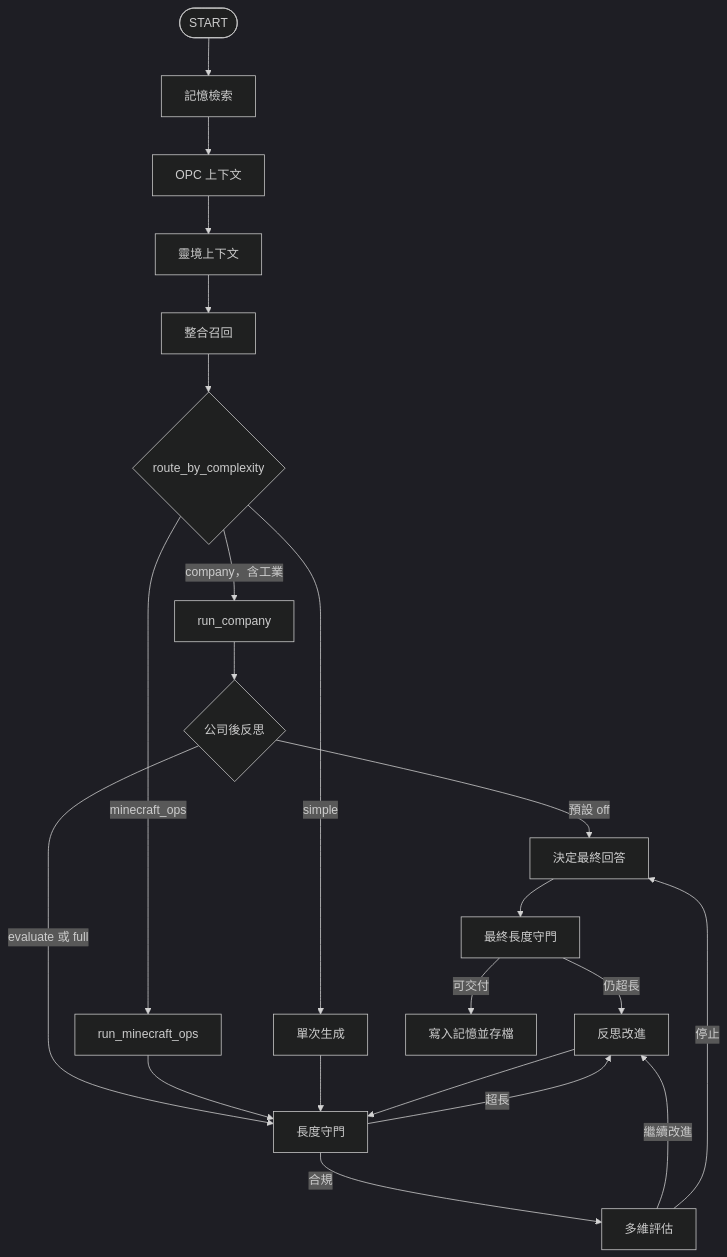
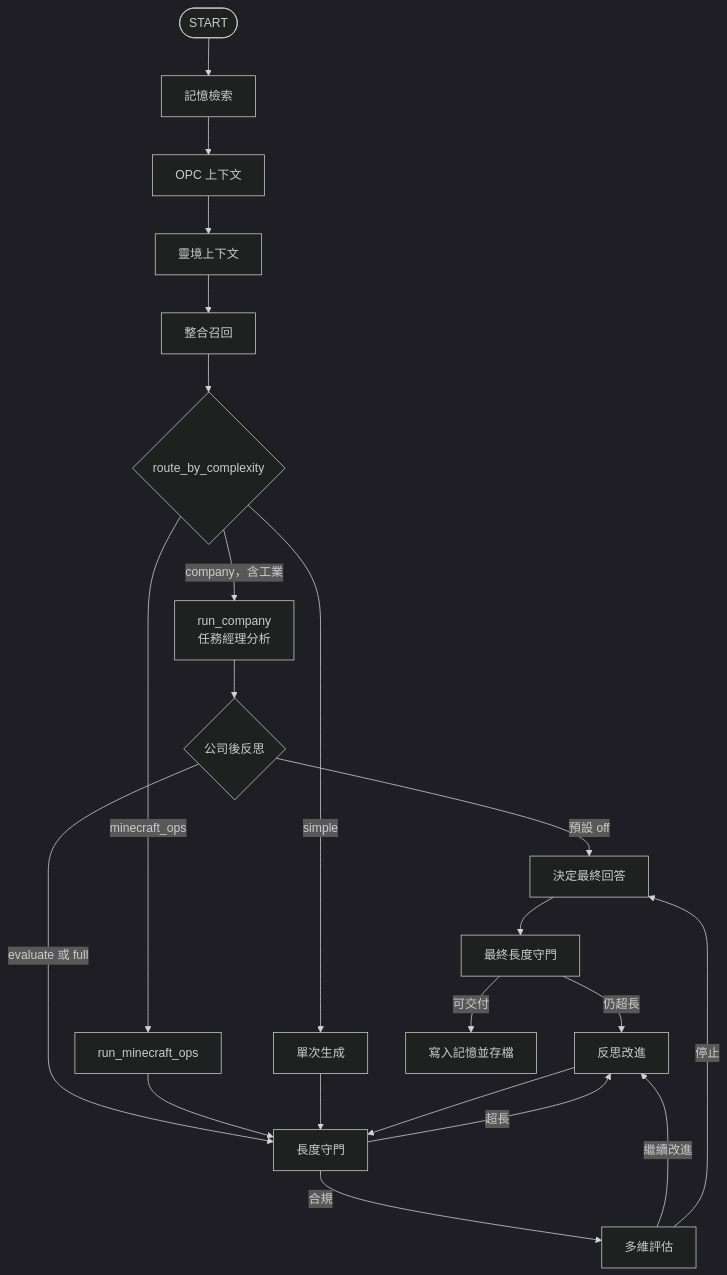
The diagram in README.md (iiooiioo888/Linkin), drawn with Mermaid (dark theme) before and after one commit. The commit also changed other lines of this file and 84 other files, not shown here.

````diff
--- a/README.md
+++ b/README.md
@@ -96,24 +95,24 @@
 ```mermaid
 flowchart TD
     START([START]) --> RM[記憶檢索]
     RM --> OPC[OPC 上下文]
     OPC --> LK[靈境上下文]
     LK --> RC[整合召回]
     RC --> ROUTE{route_by_complexity}
-    ROUTE -->|company，含工業| RUN[run_company]
+    ROUTE -->|company，含工業| RUN[run_company<br/>任務經理分析]
     ROUTE -->|minecraft_ops| MC[run_minecraft_ops]
     ROUTE -->|simple| GEN[單次生成]
     RUN --> GATE{公司後反思}
     GATE -->|預設 off| DEC[決定最終回答]
     GATE -->|evaluate 或 full| LEN[長度守門]
     MC --> LEN
     GEN --> LEN
     LEN -->|超長| REFL[反思改進]
     LEN -->|合規| EVAL[多維評估]
     EVAL -->|繼續改進| REFL
     EVAL -->|停止| DEC
     REFL --> LEN
     DEC --> FIN[最終長度守門]
     FIN -->|仍超長| REFL
     FIN -->|可交付| SAVE[寫入記憶並存檔]
 ```
````
